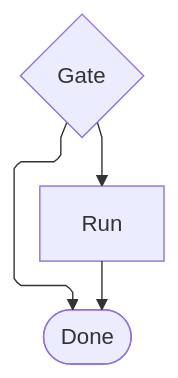
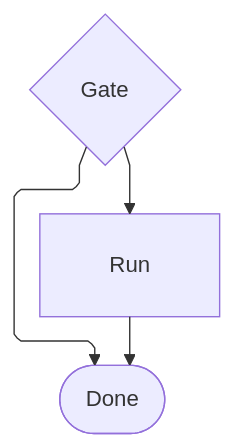
One commit to bsamiee/Rasm changed the second of 2 diagrams in .claude/skills/mermaid-diagramming/references/config.md. Above: the diagram before and after it, drawn with Mermaid. The commit also changed other lines of this file and 302 other files, not shown here.

````diff
--- a/.claude/skills/mermaid-diagramming/references/config.md
+++ b/.claude/skills/mermaid-diagramming/references/config.md
@@ -56,17 +57,18 @@
 ```mermaid
 ---
 config:
   layout: elk
   elk:
     nodePlacementStrategy: BRANDES_KOEPF
     cycleBreakingStrategy: GREEDY
   flowchart:
     curve: linear
+    padding: 25
 ---
 flowchart TD
   accTitle: ELK layout demo
   accDescr: A gate fanning to a run stage and a shared terminal under an explicit ELK placement strategy.
   Gate{Gate} --> Run[Run]
   Run --> Done([Done])
   Gate --> Done
 ```
````
